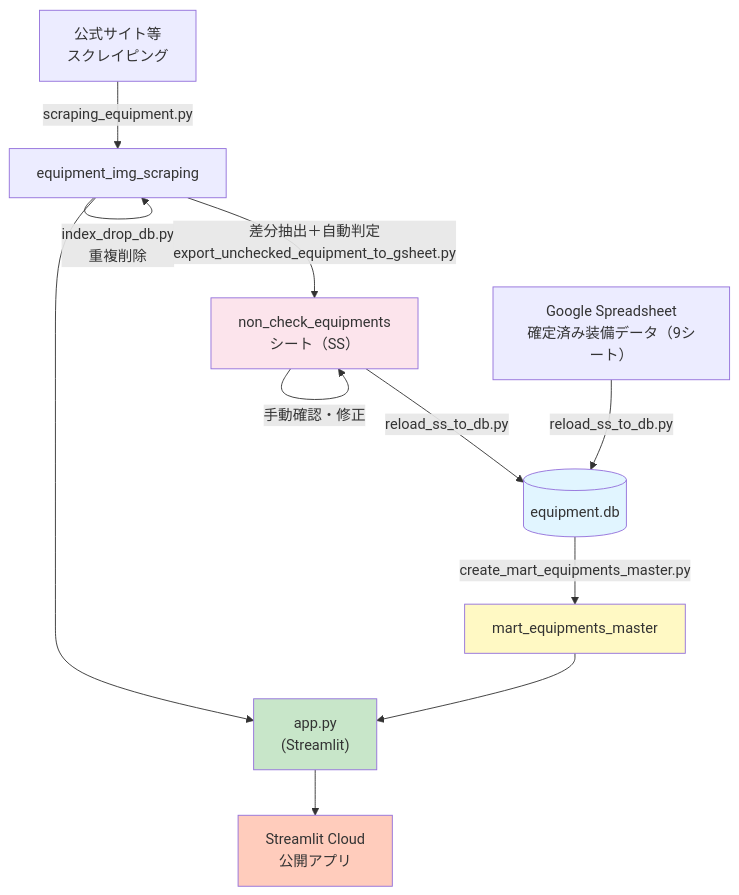
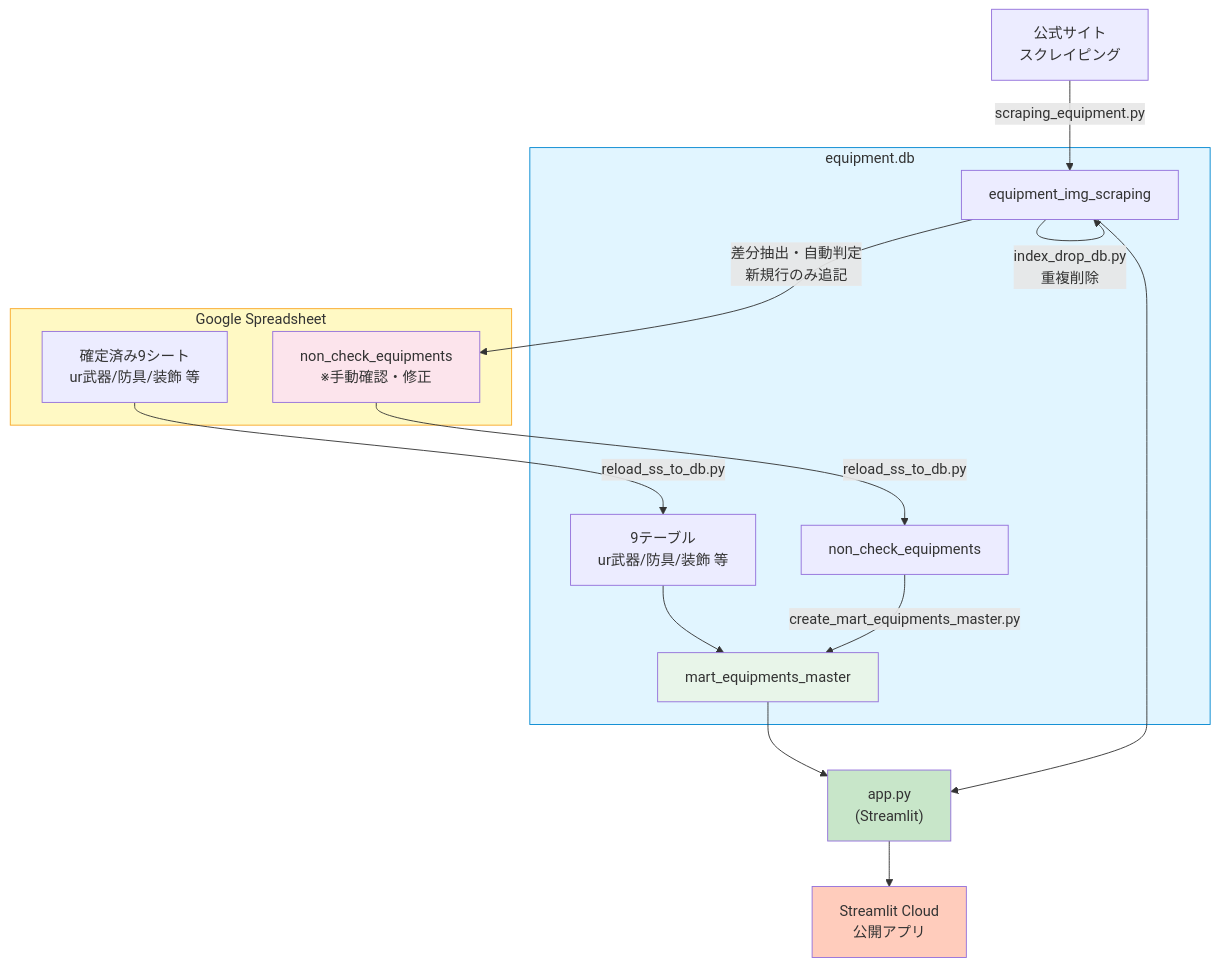
One commit to apricot496/ryuon_equipment0825 changed the diagram in README.md. Above: the diagram before and after it, drawn with Mermaid.

Commit message:
issue_018: Mermaid図をsubgraph構成に刷新
- equipment.db内テーブルをsubgraphで明示
- SSもsubgraphでまとめ、9シートとnon_check_equipmentsを区別
- スクレイピング結果が未チェック装備に流れることを明示

````diff
--- a/README.md
+++ b/README.md
@@ -57,19 +57,34 @@
 ```mermaid
 flowchart TB
-  Web[公式サイト等<br/>スクレイピング] -->|scraping_equipment.py| ImgScraping[equipment_img_scraping]
+  Web[公式サイト<br/>スクレイピング]
+
+  subgraph SS[Google Spreadsheet]
+    SS9[確定済み9シート<br/>ur武器/防具/装飾 等]
+    SSNonCheck[non_check_equipments<br/>※手動確認・修正]
+  end
+
+  subgraph DB[equipment.db]
+    ImgScraping[equipment_img_scraping]
+    Tables9[9テーブル<br/>ur武器/防具/装飾 等]
+    NonCheckDB[non_check_equipments]
+    Mart[mart_equipments_master]
+  end
+
+  Web -->|scraping_equipment.py| ImgScraping
   ImgScraping -->|index_drop_db.py<br/>重複削除| ImgScraping
-  ImgScraping -->|差分抽出＋自動判定<br/>export_unchecked_equipment_to_gsheet.py| NonCheckSheet[non_check_equipments<br/>シート（SS）]
-  NonCheckSheet -->|手動確認・修正| NonCheckSheet
-  Sheets9[Google Spreadsheet<br/>確定済み装備データ（9シート）] -->|reload_ss_to_db.py| DB[(equipment.db)]
-  NonCheckSheet -->|reload_ss_to_db.py| DB
-  DB -->|create_mart_equipments_master.py| Mart[mart_equipments_master]
-  Mart --> App["app.py<br/>(Streamlit)"]
+  ImgScraping -->|差分抽出・自動判定<br/>新規行のみ追記| SSNonCheck
+  SS9 -->|reload_ss_to_db.py| Tables9
+  SSNonCheck -->|reload_ss_to_db.py| NonCheckDB
+  Tables9 --> Mart
+  NonCheckDB -->|create_mart_equipments_master.py| Mart
+  Mart --> App
   ImgScraping --> App
-  App --> Deploy[Streamlit Cloud<br/>公開アプリ]
+  App["app.py<br/>(Streamlit)"] --> Deploy[Streamlit Cloud<br/>公開アプリ]
 
-  style DB fill:#e1f5ff
-  style Mart fill:#fff9c4
-  style NonCheckSheet fill:#fce4ec
+  style SS fill:#fff9c4,stroke:#f9a825
+  style DB fill:#e1f5ff,stroke:#0288d1
+  style SSNonCheck fill:#fce4ec
+  style Mart fill:#e8f5e9
   style App fill:#c8e6c9
   style Deploy fill:#ffccbc
 ```
````
